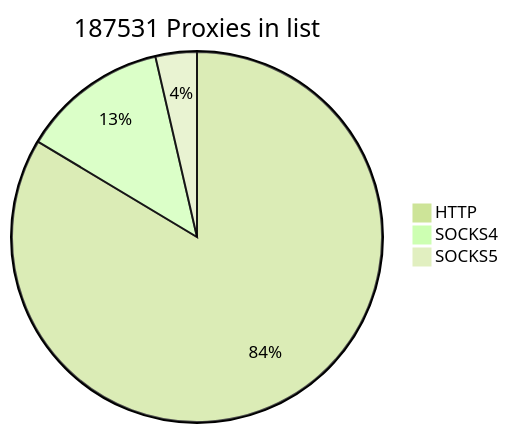
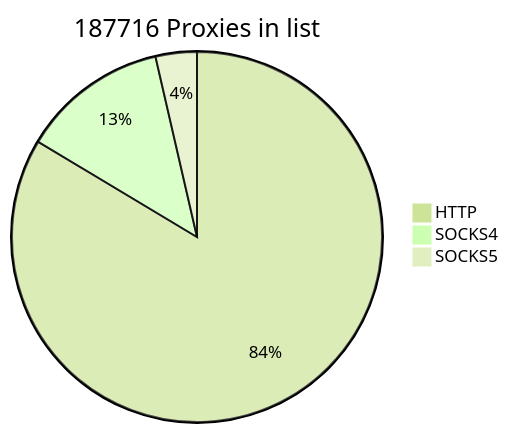
The first of 2 diagrams in README.md (cutipu/proxylist), drawn with Mermaid (forest theme) before and after one commit. The commit also changed other lines of this file, not shown here.

````diff
--- a/README.md
+++ b/README.md
@@ -2,7 +2,7 @@
 ```mermaid
-pie title 187531 Proxies in list
-    "HTTP" : 156776
-    "SOCKS4" : 23990
-    "SOCKS5" : 6765
+pie title 187716 Proxies in list
+    "HTTP" : 156908
+    "SOCKS4" : 24044
+    "SOCKS5" : 6764
             
 ```
````
